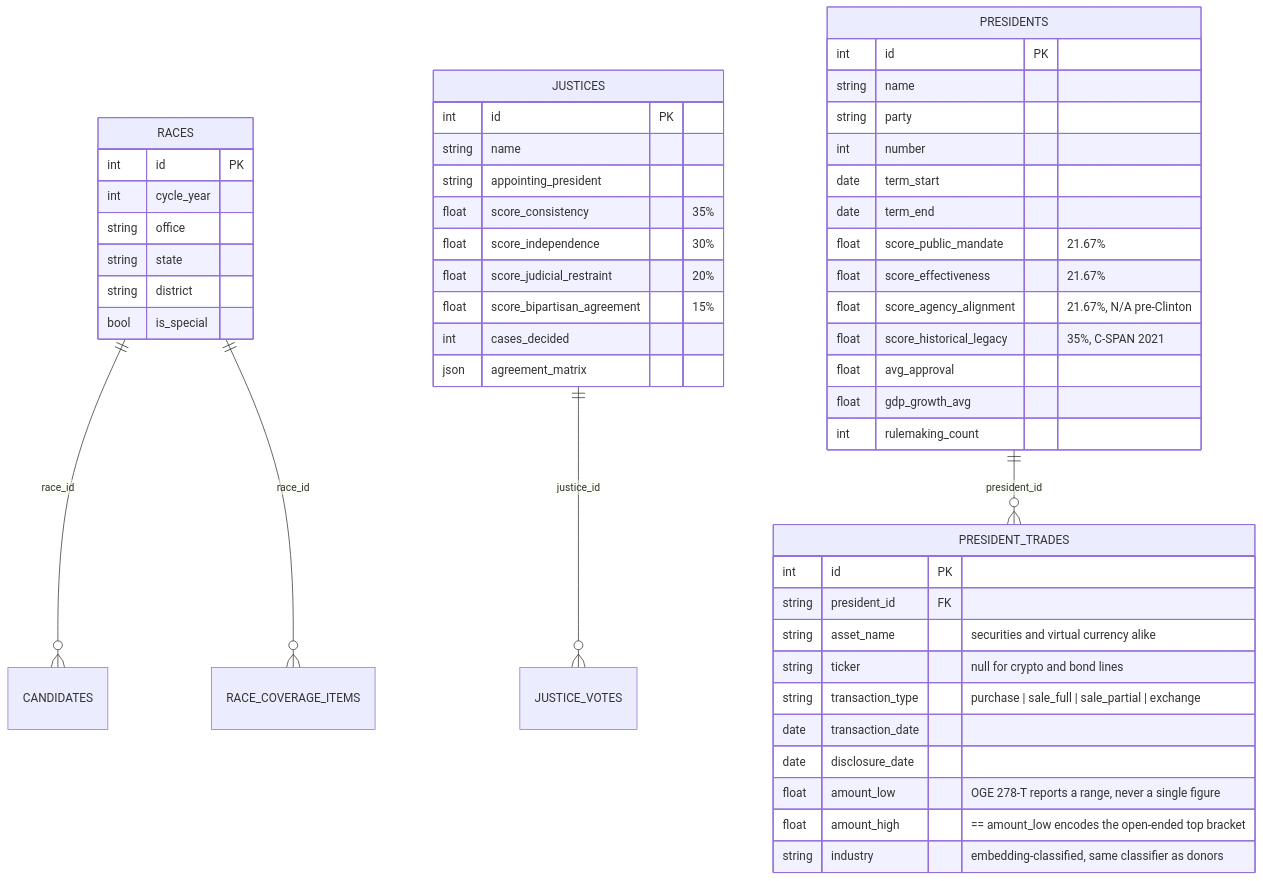
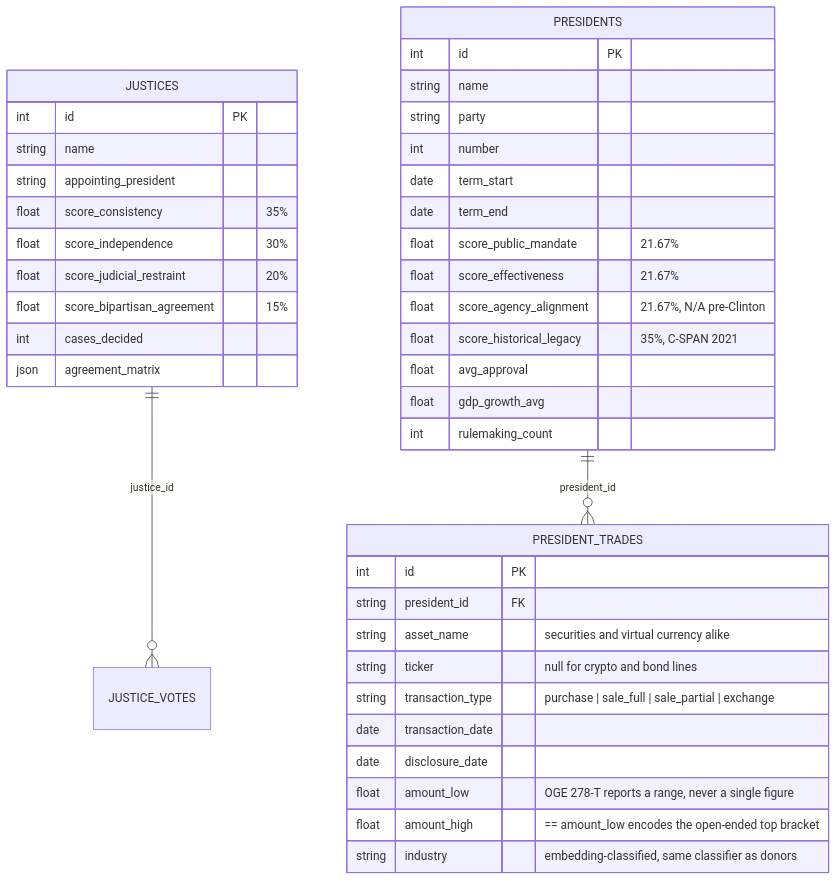
The second of 5 diagrams in docs/diagrams/07-data-model.md (kamoras/civitas), drawn with Mermaid before and after one commit. The commit also changed other lines of this file and 56 other files, not shown here.

````diff
--- a/docs/diagrams/07-data-model.md
+++ b/docs/diagrams/07-data-model.md
@@ -79,57 +79,46 @@
 ```mermaid
 erDiagram
-    RACES ||--o{ CANDIDATES : "race_id"
-    RACES ||--o{ RACE_COVERAGE_ITEMS : "race_id"
     JUSTICES ||--o{ JUSTICE_VOTES : "justice_id"
     PRESIDENTS ||--o{ PRESIDENT_TRADES : "president_id"
 
     PRESIDENTS {
         int id PK
         string name
         string party
         int number
         date term_start
         date term_end
         float score_public_mandate "21.67%"
         float score_effectiveness "21.67%"
         float score_agency_alignment "21.67%, N/A pre-Clinton"
         float score_historical_legacy "35%, C-SPAN 2021"
         float avg_approval
         float gdp_growth_avg
         int rulemaking_count
     }
 
     PRESIDENT_TRADES {
         int id PK
         string president_id FK
         string asset_name "securities and virtual currency alike"
         string ticker "null for crypto and bond lines"
         string transaction_type "purchase | sale_full | sale_partial | exchange"
         date transaction_date
         date disclosure_date
         float amount_low "OGE 278-T reports a range, never a single figure"
         float amount_high "== amount_low encodes the open-ended top bracket"
         string industry "embedding-classified, same classifier as donors"
     }
 
     JUSTICES {
         int id PK
         string name
         string appointing_president
         float score_consistency "35%"
         float score_independence "30%"
         float score_judicial_restraint "20%"
         float score_bipartisan_agreement "15%"
         int cases_decided
         json agreement_matrix
     }
-
-    RACES {
-        int id PK
-        int cycle_year
-        string office
-        string state
-        string district
-        bool is_special
-    }
 ```
````
